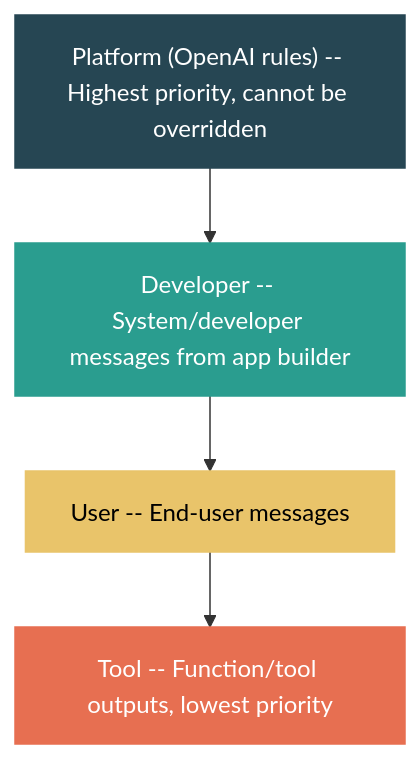
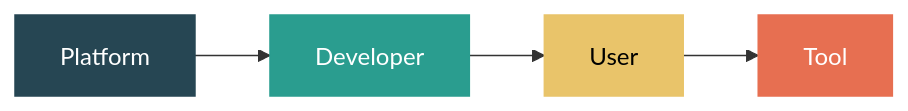
One commit to dangquan1402/community-contributor-posts changed the diagram in _posts/2026-04-02-prompt-priority-and-caching-order.md. Above: the diagram before and after it, drawn with Mermaid. The commit also changed other lines of this file and 9 other files, not shown here.

First line of the commit message:
Improve diagrams, add inline references and TOC headers across all posts

```diff
--- a/_posts/2026-04-02-prompt-priority-and-caching-order.md
+++ b/_posts/2026-04-02-prompt-priority-and-caching-order.md
@@ -17,11 +18,11 @@
 <pre class="mermaid">
-graph TD
-    A["Platform (OpenAI rules) -- Highest priority, cannot be overridden"] --> B["Developer -- System/developer messages from app builder"]
-    B --> C["User -- End-user messages"]
-    C --> D["Tool -- Function/tool outputs, lowest priority"]
+graph LR
+    A["Platform"] --> B["Developer"]
+    B --> C["User"]
+    C --> D["Tool"]
 
     style A fill:#264653,stroke:#264653,color:#fff
     style B fill:#2a9d8f,stroke:#2a9d8f,color:#fff
     style C fill:#e9c46a,stroke:#e9c46a,color:#000
     style D fill:#e76f51,stroke:#e76f51,color:#fff
 </pre>
```
